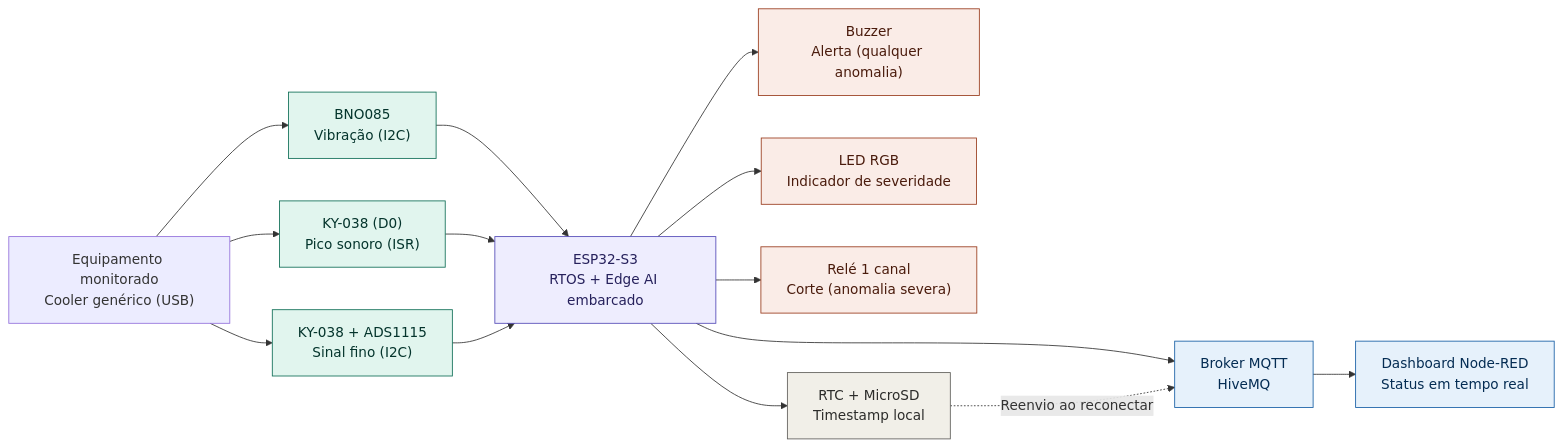
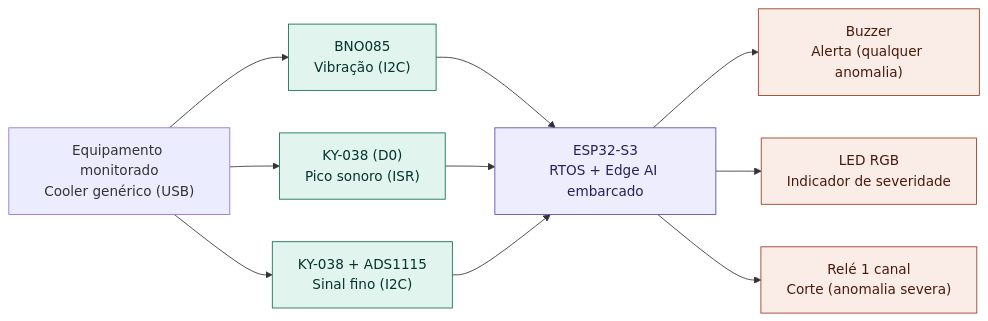
One commit to lfariazzz/tcc-monitoramento_preditivo_vibroacustico changed the diagram in README.md. Above: the diagram before and after it, drawn with Mermaid. The commit also changed other lines of this file and 28 other files, not shown here.

````diff
--- a/README.md
+++ b/README.md
@@ -39,40 +39,29 @@
 ```mermaid
 flowchart LR
     EQ["Equipamento monitorado<br/>Cooler genérico (USB)"]
     BNO["BNO085<br/>Vibração (I2C)"]
     FC1["KY-038 (D0)<br/>Pico sonoro (ISR)"]
     FC2["KY-038 + ADS1115<br/>Sinal fino (I2C)"]
     ESP["ESP32-S3<br/>RTOS + Edge AI embarcado"]
     BUZ["Buzzer<br/>Alerta (qualquer anomalia)"]
     LED["LED RGB<br/>Indicador de severidade"]
     REL["Relé 1 canal<br/>Corte (anomalia severa)"]
-    RTC["RTC + MicroSD<br/>Timestamp local"]
-    MQTT["Broker MQTT<br/>HiveMQ"]
-    DASH["Dashboard Node-RED<br/>Status em tempo real"]
 
     EQ --> BNO
     EQ --> FC1
     EQ --> FC2
     BNO --> ESP
     FC1 --> ESP
     FC2 --> ESP
     ESP --> BUZ
     ESP --> LED
     ESP --> REL
-    ESP --> RTC
-    ESP --> MQTT
-    RTC -. "Reenvio ao reconectar" .-> MQTT
-    MQTT --> DASH
 
     classDef sensor fill:#E1F5EE,stroke:#0F6E56,color:#04342C
     classDef proc fill:#EEEDFE,stroke:#534AB7,color:#26215C
     classDef atuacao fill:#FAECE7,stroke:#993C1D,color:#4A1B0C
-    classDef rede fill:#E6F1FB,stroke:#185FA5,color:#042C53
-    classDef neutro fill:#F1EFE8,stroke:#5F5E5A,color:#2C2C2A
 
     class BNO,FC1,FC2 sensor
     class ESP proc
     class BUZ,LED,REL atuacao
-    class RTC neutro
-    class MQTT,DASH rede
 ```
````
